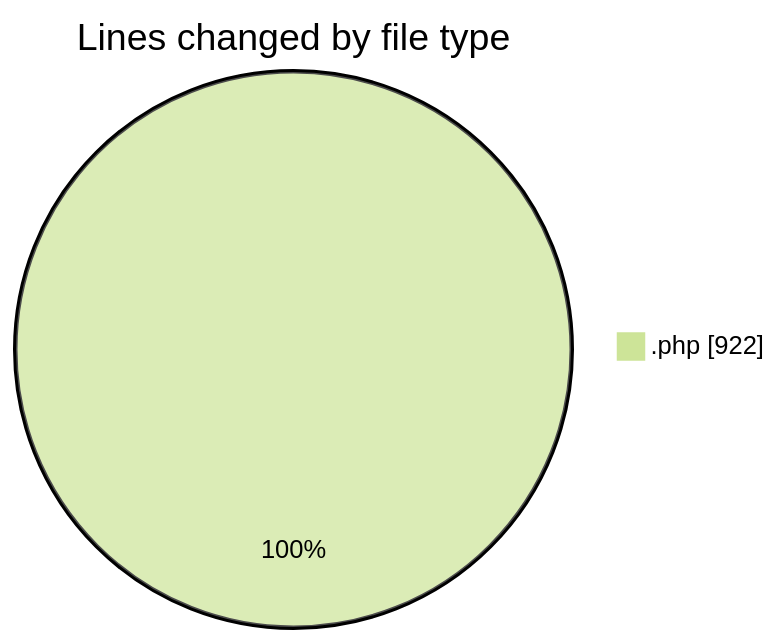
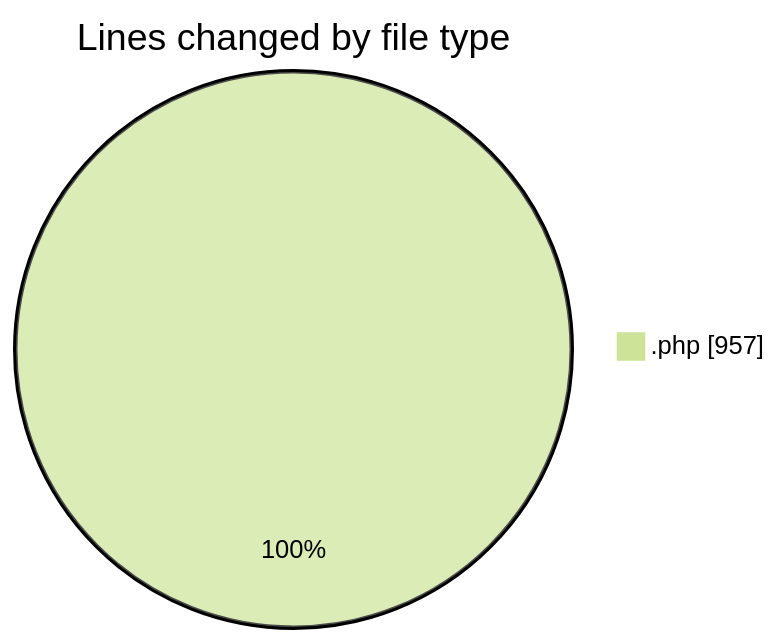
Before and after one commit to debugP/code-tracking: the first of 2 diagrams in 2025-09-25/jmb-limit-daily-sales/README.md, drawn with Mermaid (forest theme). The commit also changed other lines of this file and 1 other file, not shown here.

````diff
--- a/2025-09-25/jmb-limit-daily-sales/README.md
+++ b/2025-09-25/jmb-limit-daily-sales/README.md
@@ -20,5 +20,5 @@
 ```mermaid
 pie showData
 title Lines changed by file type
-".php" : 922
+".php" : 957
 ```
````
